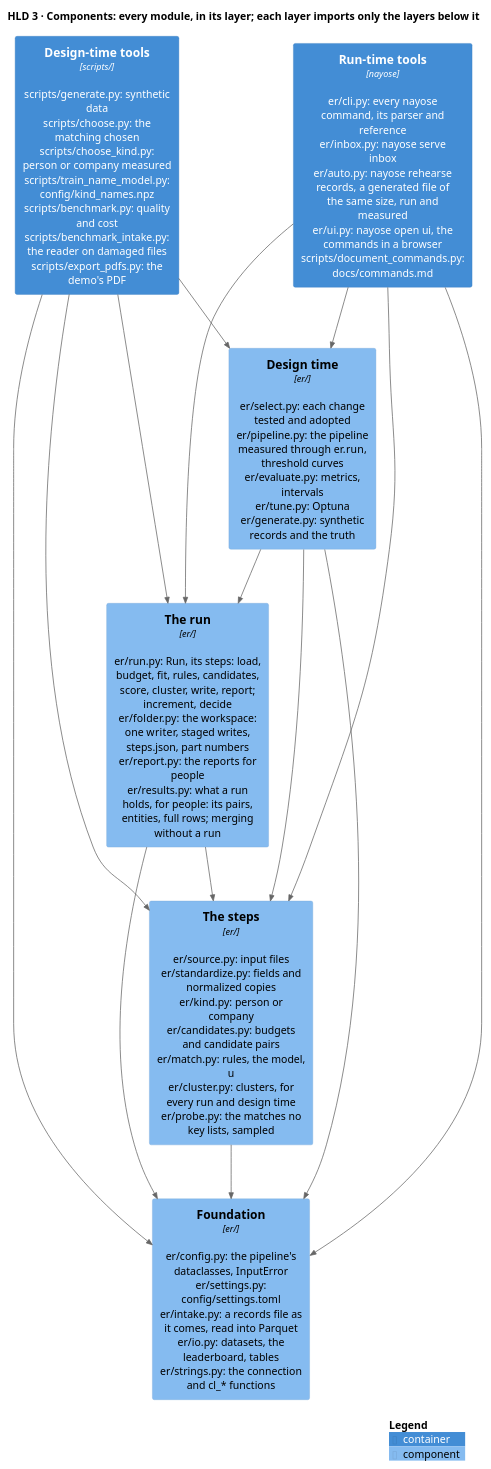
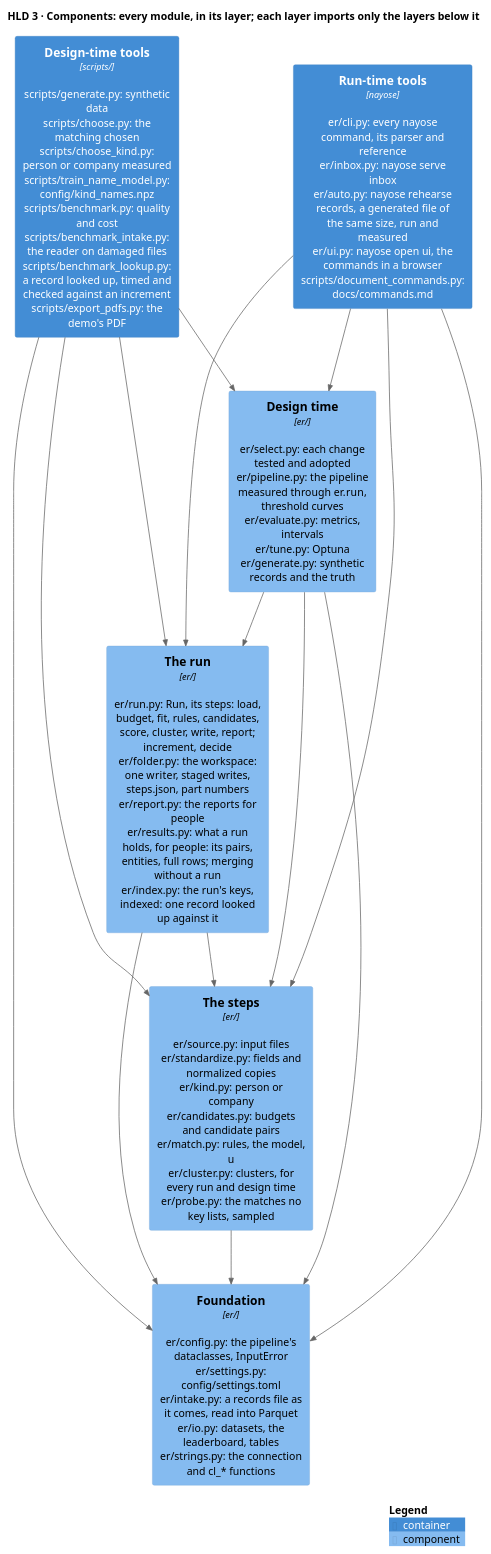
One commit to mvsbm/entity_matching changed the diagram in docs/diagrams/components.puml. Above: the diagram before and after it, drawn with PlantUML. The commit also changed 13 other files, not shown here.

```diff
--- a/docs/diagrams/components.puml
+++ b/docs/diagrams/components.puml
@@ -1,31 +1,31 @@
 @startuml components
 !include <C4/C4_Component>
 LAYOUT_TOP_DOWN()
 HIDE_STEREOTYPE()
 title HLD 3 · Components: every module, in its layer; each layer imports only the layers below it
 
 Container(tools_run, "Run-time tools", "nayose", "er/cli.py: every nayose command, its parser and reference\ner/inbox.py: nayose serve inbox\ner/auto.py: nayose rehearse records, a generated file of the same size, run and measured\ner/ui.py: nayose open ui, the commands in a browser\nscripts/document_commands.py: docs/commands.md")
-Container(tools_design, "Design-time tools", "scripts/", "scripts/generate.py: synthetic data\nscripts/choose.py: the matching chosen\nscripts/choose_kind.py: person or company measured\nscripts/train_name_model.py: config/kind_names.npz\nscripts/benchmark.py: quality and cost\nscripts/benchmark_intake.py: the reader on damaged files\nscripts/export_pdfs.py: the demo's PDF")
+Container(tools_design, "Design-time tools", "scripts/", "scripts/generate.py: synthetic data\nscripts/choose.py: the matching chosen\nscripts/choose_kind.py: person or company measured\nscripts/train_name_model.py: config/kind_names.npz\nscripts/benchmark.py: quality and cost\nscripts/benchmark_intake.py: the reader on damaged files\nscripts/benchmark_lookup.py: a record looked up, timed and checked against an increment\nscripts/export_pdfs.py: the demo's PDF")
 
-Component(run, "The run", "er/", "er/run.py: Run, its steps: load, budget, fit, rules, candidates, score, cluster, write, report; increment, decide\ner/folder.py: the workspace: one writer, staged writes, steps.json, part numbers\ner/report.py: the reports for people\ner/results.py: what a run holds, for people: its pairs, entities, full rows; merging without a run")
+Component(run, "The run", "er/", "er/run.py: Run, its steps: load, budget, fit, rules, candidates, score, cluster, write, report; increment, decide\ner/folder.py: the workspace: one writer, staged writes, steps.json, part numbers\ner/report.py: the reports for people\ner/results.py: what a run holds, for people: its pairs, entities, full rows; merging without a run\ner/index.py: the run's keys, indexed: one record looked up against it")
 Component(design, "Design time", "er/", "er/select.py: each change tested and adopted\ner/pipeline.py: the pipeline measured through er.run, threshold curves\ner/evaluate.py: metrics, intervals\ner/tune.py: Optuna\ner/generate.py: synthetic records and the truth")
 Component(steps, "The steps", "er/", "er/source.py: input files\ner/standardize.py: fields and normalized copies\ner/kind.py: person or company\ner/candidates.py: budgets and candidate pairs\ner/match.py: rules, the model, u\ner/cluster.py: clusters, for every run and design time\ner/probe.py: the matches no key lists, sampled")
 Component(configuration, "Foundation", "er/", "er/config.py: the pipeline's dataclasses, InputError\ner/settings.py: config/settings.toml\ner/intake.py: a records file as it comes, read into Parquet\ner/io.py: datasets, the leaderboard, tables\ner/strings.py: the connection and cl_* functions")
 
 Rel_D(tools_run, run, "")
 Rel_D(tools_run, steps, "")
 Rel_D(tools_run, configuration, "")
 Rel_D(tools_run, design, "")
 Rel_D(tools_design, run, "")
 Rel_D(tools_design, design, "")
 Rel_D(tools_design, steps, "")
 Rel_D(tools_design, configuration, "")
 Rel_D(run, steps, "")
 Rel_D(run, configuration, "")
 Rel_D(design, run, "")
 Rel_D(design, steps, "")
 Rel_D(design, configuration, "")
 Rel_D(steps, configuration, "")
 
 SHOW_LEGEND()
 @enduml
```
